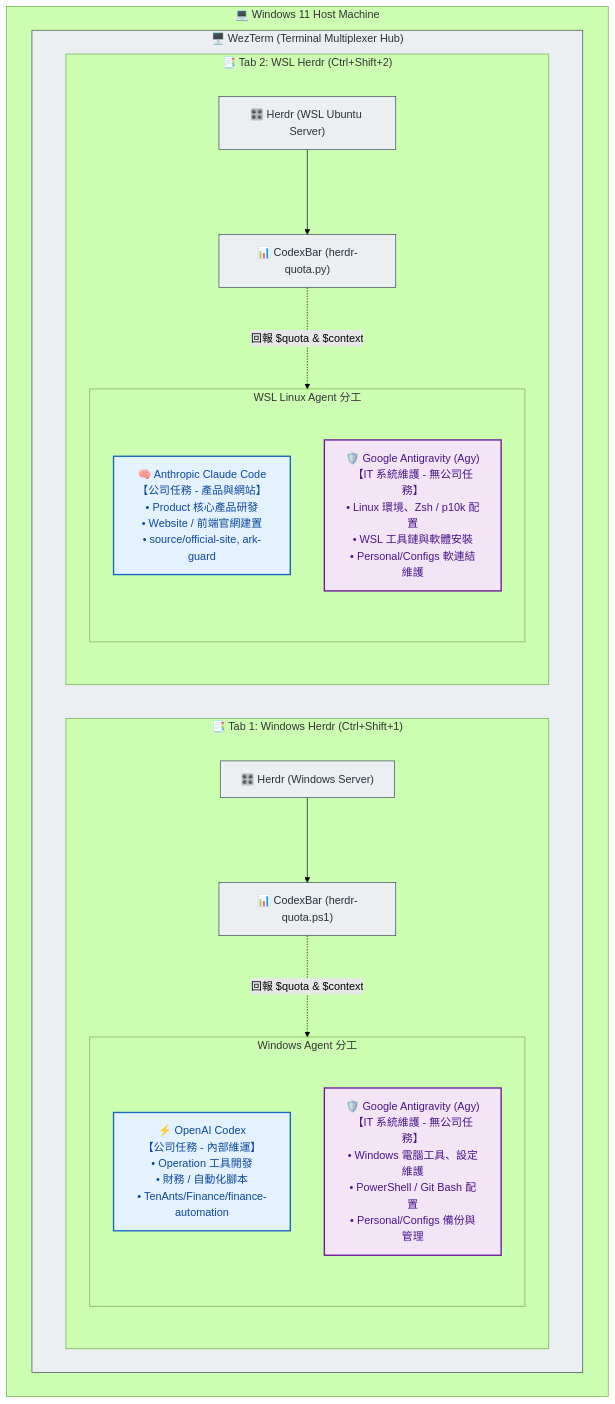
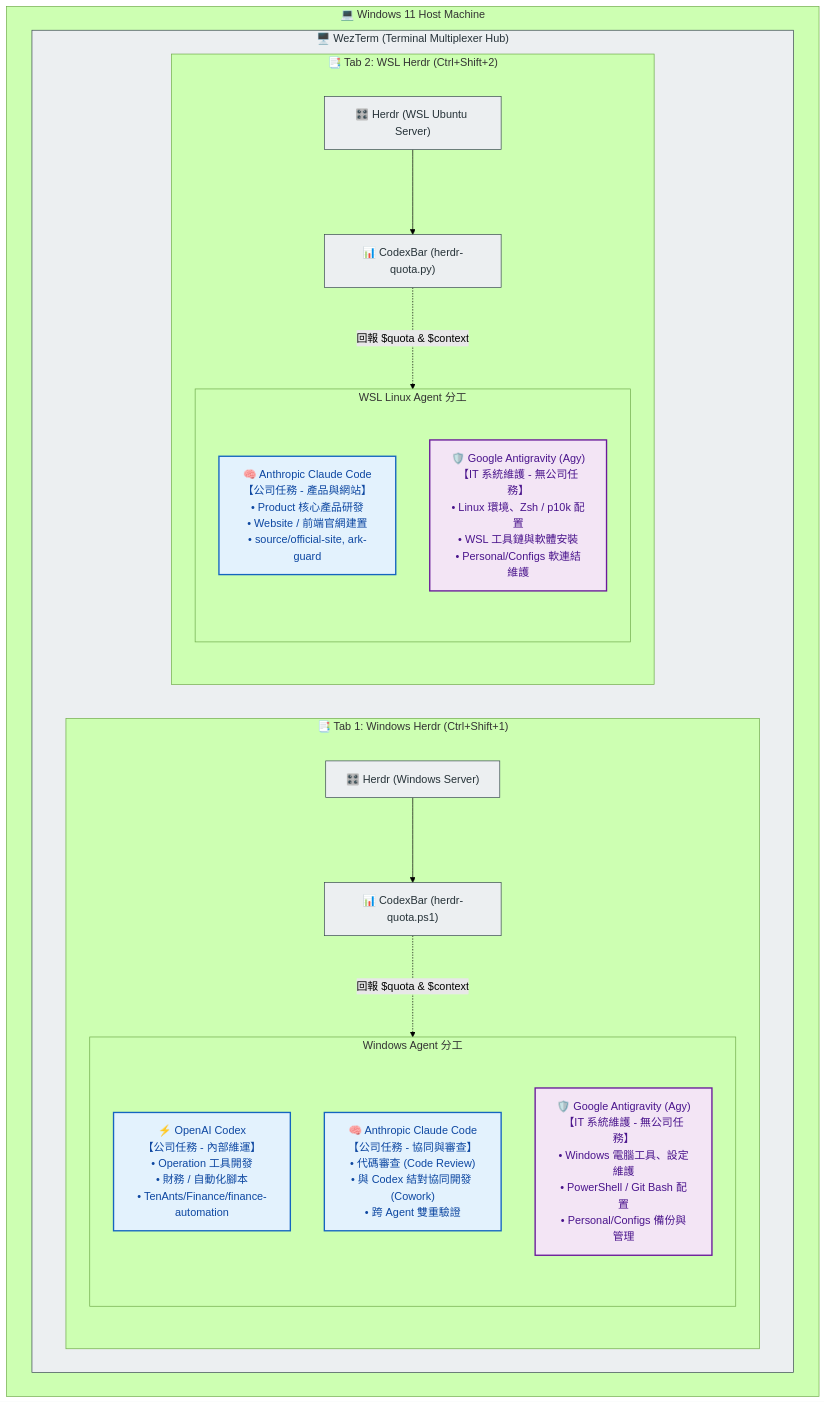
The diagram in ARCHITECTURE.md (Yenshing/dotfiles), drawn with Mermaid (forest theme) before and after one commit. The commit also changed other lines of this file and 5 other files, not shown here.

Commit message:
feat(windows): add Claude Code support to Windows environment and CodexBar monitor

````diff
--- a/ARCHITECTURE.md
+++ b/ARCHITECTURE.md
@@ -10,45 +10,46 @@
 ```mermaid
 flowchart TD
     subgraph Host["💻 Windows 11 Host Machine"]
         subgraph WT["🖥️ WezTerm (Terminal Multiplexer Hub)"]
             direction LR
 
             subgraph WinTab["📑 Tab 1: Windows Herdr (Ctrl+Shift+1)"]
                 direction TB
                 WinH["🎛️ Herdr (Windows Server)"]
                 WinCBar["📊 CodexBar (herdr-quota.ps1)"]
 
                 subgraph WinAgents["Windows Agent 分工"]
                     Codex["⚡ OpenAI Codex\n【公司任務 - 內部維運】\n• Operation 工具開發\n• 財務 / 自動化腳本\n• TenAnts/Finance/finance-automation"]
+                    WinClaude["🧠 Anthropic Claude Code\n【公司任務 - 協同與審查】\n• 代碼審查 (Code Review)\n• 與 Codex 結對協同開發 (Cowork)\n• 跨 Agent 雙重驗證"]
                     WinAgy["🛡️ Google Antigravity (Agy)\n【IT 系統維護 - 無公司任務】\n• Windows 電腦工具、設定維護\n• PowerShell / Git Bash 配置\n• Personal/Configs 備份與管理"]
                 end
 
                 WinH --> WinCBar
                 WinCBar -.->|"回報 $quota & $context"| WinAgents
             end
 
             subgraph WSLTab["📑 Tab 2: WSL Herdr (Ctrl+Shift+2)"]
                 direction TB
                 WSLH["🎛️ Herdr (WSL Ubuntu Server)"]
                 WSLCBar["📊 CodexBar (herdr-quota.py)"]
 
                 subgraph WSLAgents["WSL Linux Agent 分工"]
                     Claude["🧠 Anthropic Claude Code\n【公司任務 - 產品與網站】\n• Product 核心產品研發\n• Website / 前端官網建置\n• source/official-site, ark-guard"]
                     WSLAgy["🛡️ Google Antigravity (Agy)\n【IT 系統維護 - 無公司任務】\n• Linux 環境、Zsh / p10k 配置\n• WSL 工具鏈與軟體安裝\n• Personal/Configs 軟連結維護"]
                 end
 
                 WSLH --> WSLCBar
                 WSLCBar -.->|"回報 $quota & $context"| WSLAgents
             end
 
         end
     end
 
     classDef company fill:#e3f2fd,stroke:#1565c0,stroke-width:2px,color:#0d47a1;
     classDef it fill:#f3e5f5,stroke:#6a1b9a,stroke-width:2px,color:#4a148c;
     classDef infra fill:#eceff1,stroke:#37474f,stroke-width:1px,color:#263238;
 
-    class Codex,Claude company;
+    class Codex,WinClaude,Claude company;
     class WinAgy,WSLAgy it;
     class WinH,WSLH,WinCBar,WSLCBar,WT infra;
 ```
````
